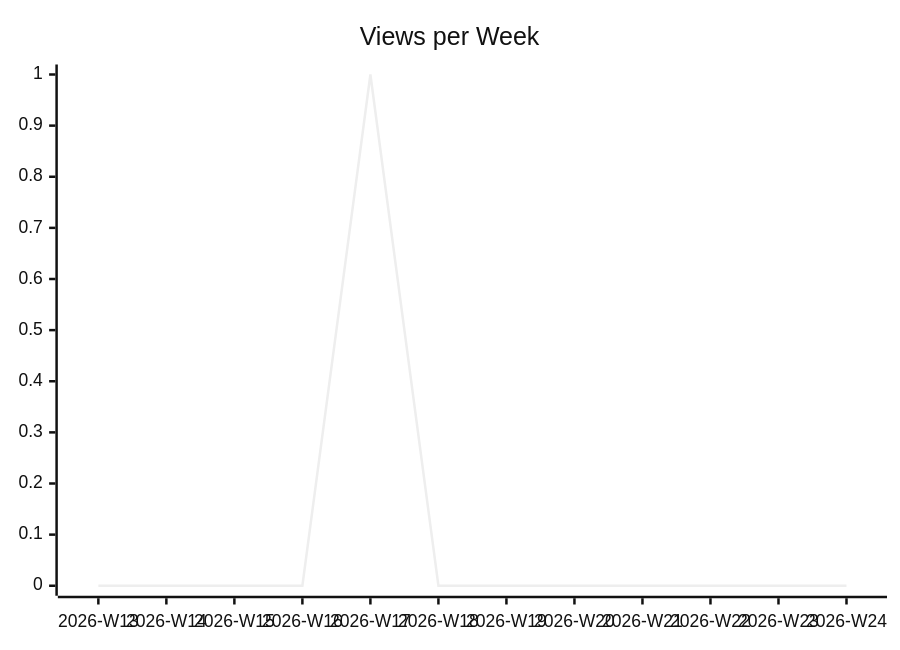
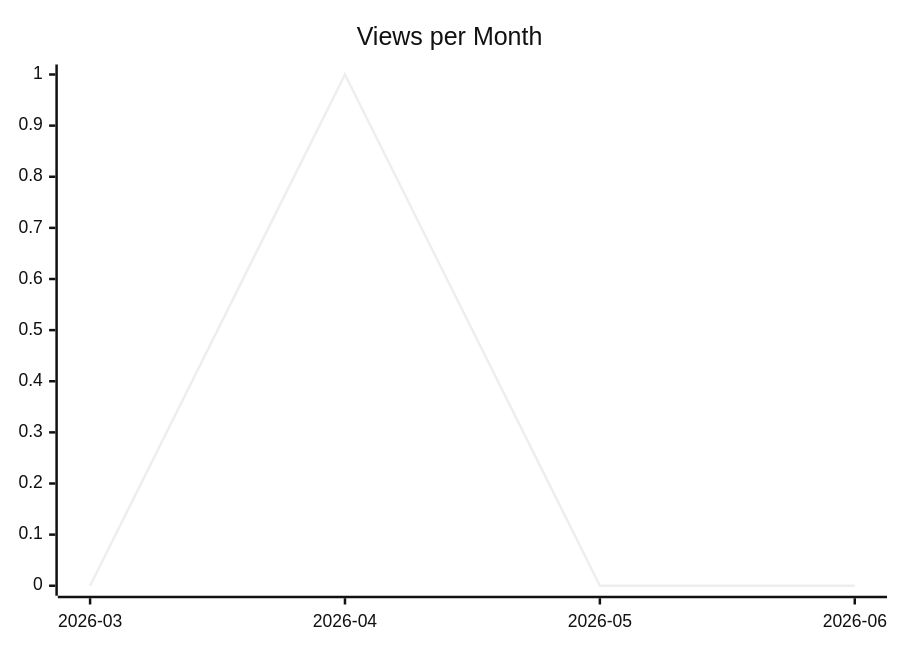
One commit to justdavis-family/github-analytics-data changed the second of 3 diagrams in karlmdavis/ansible-role-rcm-dotfiles/README.md. Above: the diagram before and after it, drawn with Mermaid (neutral theme). The commit also changed other lines of this file and 198 other files, not shown here.

````diff
--- a/karlmdavis/ansible-role-rcm-dotfiles/README.md
+++ b/karlmdavis/ansible-role-rcm-dotfiles/README.md
@@ -12,6 +12,6 @@
 ```mermaid
 xychart-beta
-  title "Views per Week"
-  x-axis ["2026-W13", "2026-W14", "2026-W15", "2026-W16", "2026-W17", "2026-W18", "2026-W19", "2026-W20", "2026-W21", "2026-W22", "2026-W23", "2026-W24"]
-  line [0, 0, 0, 0, 1, 0, 0, 0, 0, 0, 0, 0]
+  title "Views per Month"
+  x-axis ["2026-03", "2026-04", "2026-05", "2026-06"]
+  line [0, 1, 0, 0]
 ```
````
